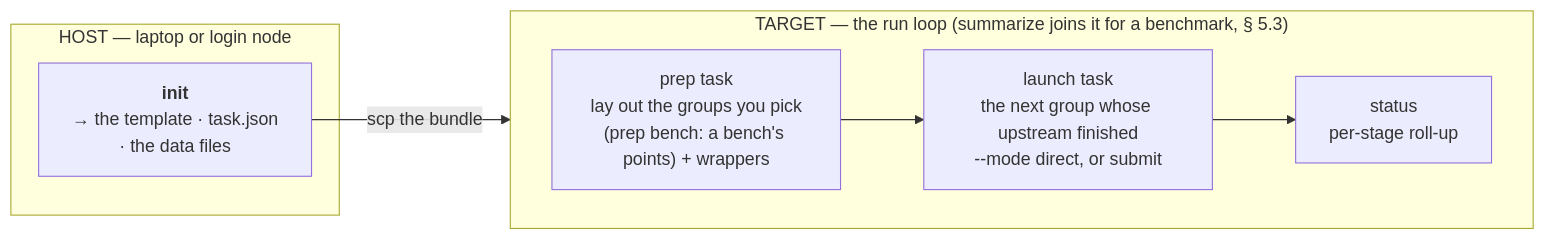
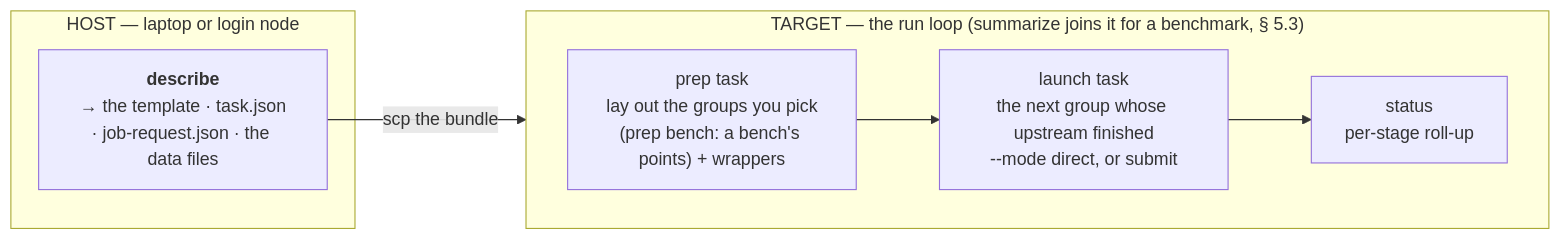
The tenth of 19 diagrams in docs/execution/job-system.md (Qing-LAB/molbuilder), drawn with Mermaid before and after one commit. The commit also changed other lines of this file and 196 other files, not shown here.

````diff
--- a/docs/execution/job-system.md
+++ b/docs/execution/job-system.md
@@ -1450,14 +1471,14 @@
 ```mermaid
 flowchart LR
     subgraph host["HOST — laptop or login node"]
-      P["<b>init</b><br/>→ the template · task.json<br/>· the data files"]
+      P["<b>describe</b><br/>→ the template · task.json<br/>· job-request.json · the data files"]
     end
     subgraph target["TARGET — the run loop (summarize joins it for a benchmark, § 5.3)"]
       direction LR
       PR["prep task<br/>lay out the groups you pick<br/>(prep bench: a bench's points) + wrappers"]
       SU["launch task<br/>the next group whose upstream finished<br/>--mode direct, or submit"]
       ST["status<br/>per-stage roll-up"]
       PR --> SU --> ST
     end
     P -->|"scp the bundle"| PR
 ```
````
